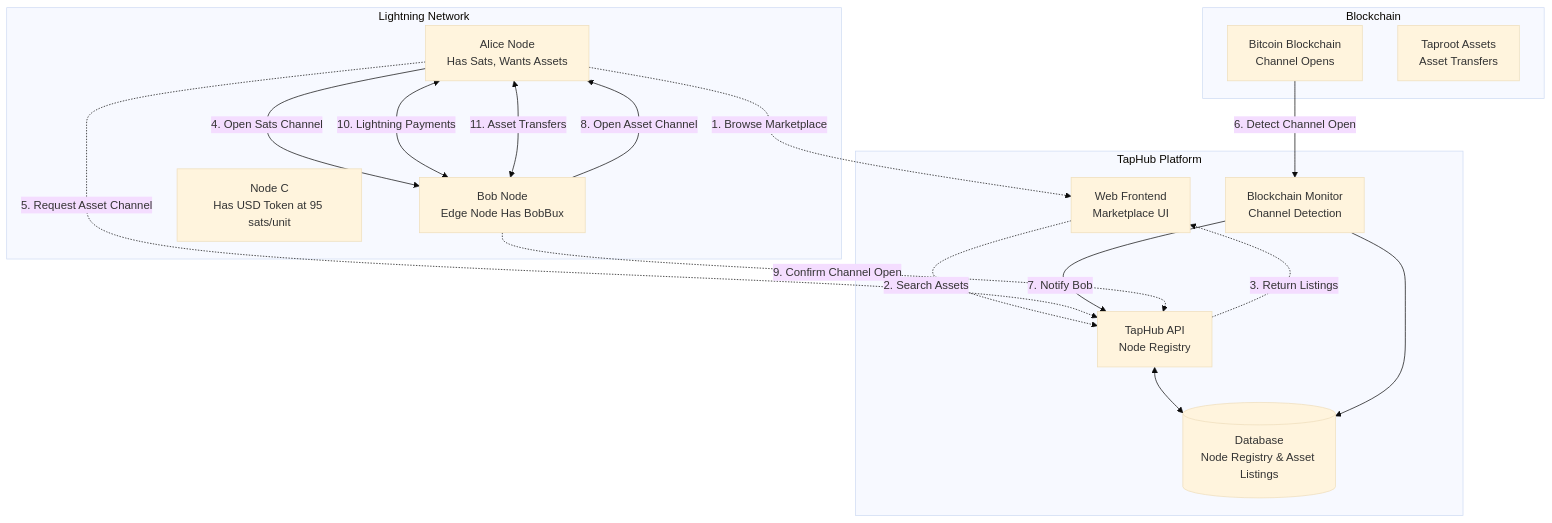
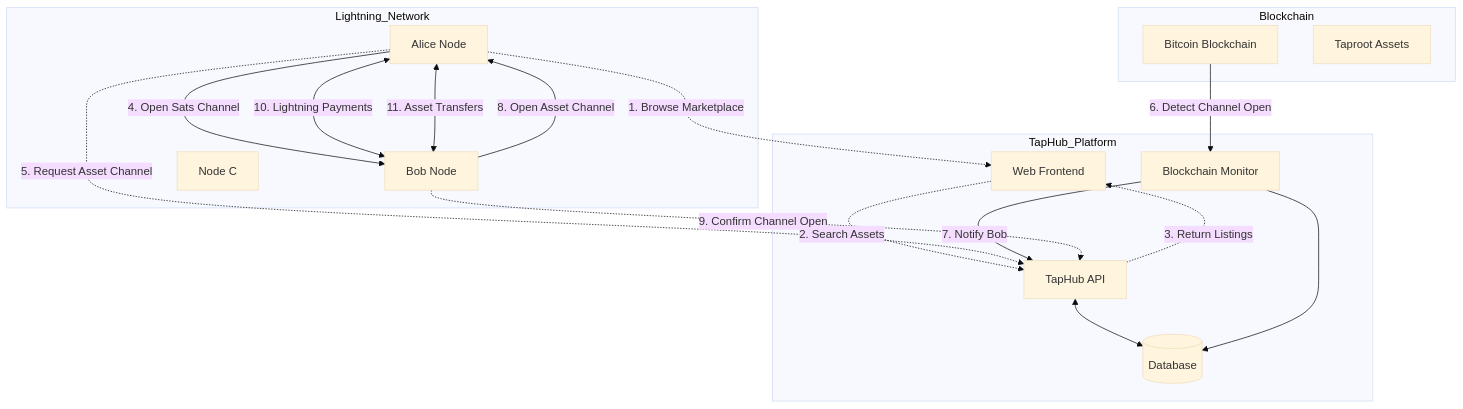
The first of 4 diagrams in docs/taphub-architecture.md (bitcoin-coder-bob/TapHub), drawn with Mermaid (base theme) before and after one commit.

````diff
--- a/docs/taphub-architecture.md
+++ b/docs/taphub-architecture.md
@@ -9,39 +9,39 @@
 ```mermaid
 graph TB
-    subgraph "TapHub Platform"
-        WEB[Web Frontend<br/>Marketplace UI]
-        API[TapHub API<br/>Node Registry]
-        MONITOR[Blockchain Monitor<br/>Channel Detection]
-        DB[(Database<br/>Node Registry & Asset Listings)]
+    subgraph TapHub_Platform
+        WEB[Web Frontend]
+        API[TapHub API]
+        MONITOR[Blockchain Monitor]
+        DB[(Database)]
     end
 
-    subgraph "Lightning Network"
-        ALICE[Alice Node<br/>Has Sats, Wants Assets]
-        BOB[Bob Node<br/>Edge Node Has BobBux]
-        NODE_C[Node C<br/>Has USD Token at 95 sats/unit]
+    subgraph Lightning_Network
+        ALICE[Alice Node]
+        BOB[Bob Node]
+        NODE_C[Node C]
     end
 
-    subgraph "Blockchain"
-        BTC[Bitcoin Blockchain<br/>Channel Opens]
-        TAP[Taproot Assets<br/>Asset Transfers]
+    subgraph Blockchain
+        BTC[Bitcoin Blockchain]
+        TAP[Taproot Assets]
     end
 
     ALICE -.->|1. Browse Marketplace| WEB
     WEB -.->|2. Search Assets| API
     API -.->|3. Return Listings| WEB
     
     ALICE -->|4. Open Sats Channel| BOB
     ALICE -.->|5. Request Asset Channel| API
     
     BTC -->|6. Detect Channel Open| MONITOR
     MONITOR -->|7. Notify Bob| API
     
     BOB -->|8. Open Asset Channel| ALICE
     BOB -.->|9. Confirm Channel Open| API
     
     ALICE <-->|10. Lightning Payments| BOB
     ALICE <-->|11. Asset Transfers| BOB
     
     API <--> DB
     MONITOR --> DB
 ```
````
